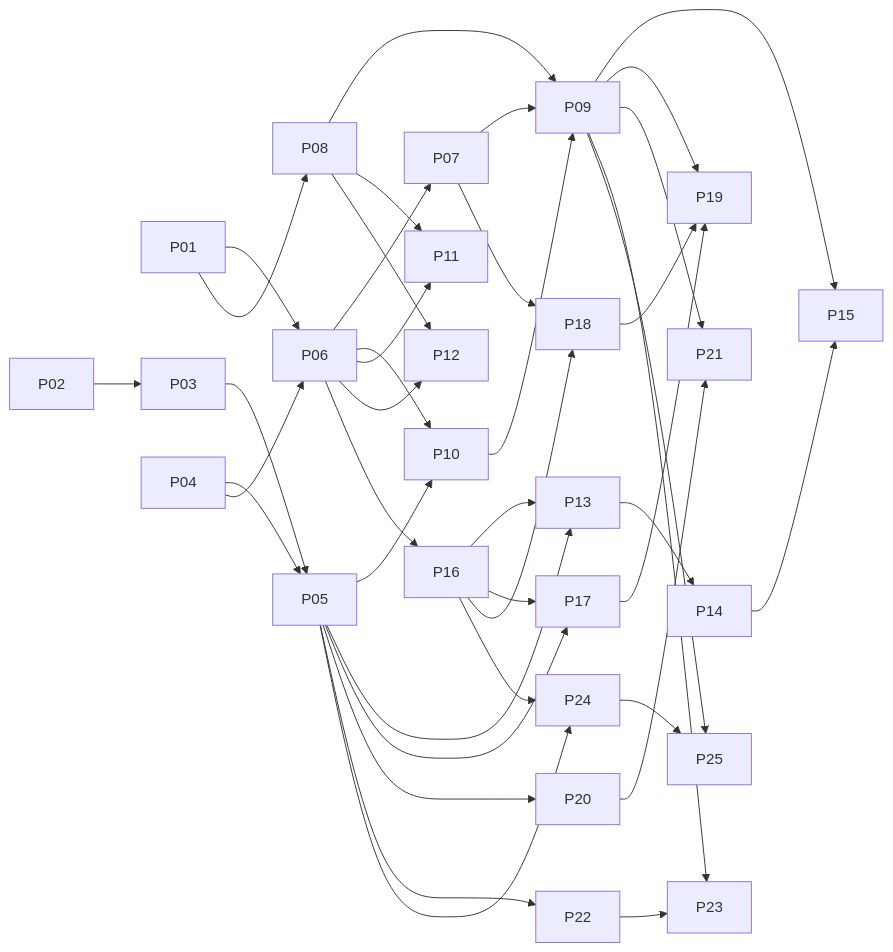
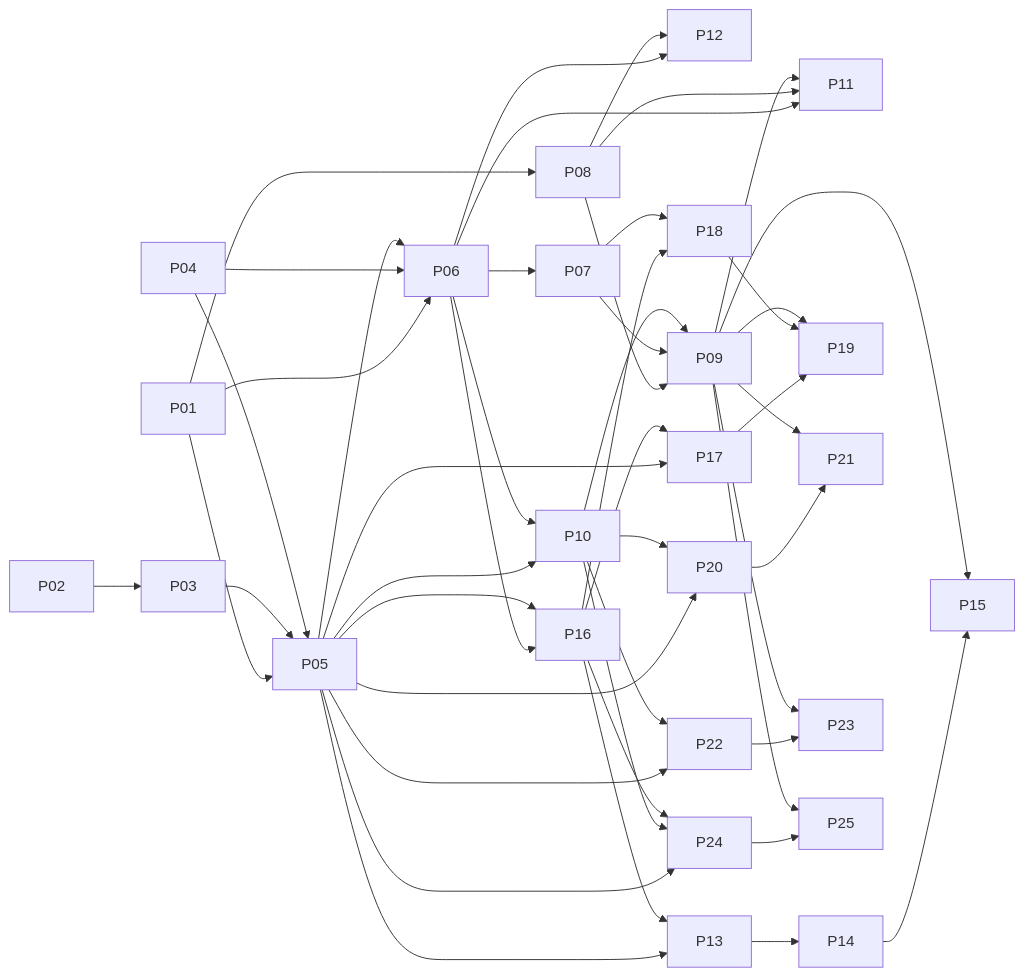
Before and after one commit to gabrielvictalino/Case-RocketLab-2026.2: the diagram in docs/backlog/portal-leva-1.md, drawn with Mermaid. The commit also changed other lines of this file and 1 other file, not shown here.

````diff
--- a/docs/backlog/portal-leva-1.md
+++ b/docs/backlog/portal-leva-1.md
@@ -38,21 +40,23 @@
 ```mermaid
 flowchart LR
-    P01 --> P06 & P08
+    P01 --> P05 & P06 & P08
     P02 --> P03 --> P05
     P04 --> P05 & P06
+    P05 --> P06 & P10
     P06 --> P07 & P10 & P11 & P12 & P16
     P08 --> P09 & P11 & P12
-    P05 --> P10
     P07 --> P09
     P10 --> P09
+    P09 --> P11
 
-    P05 --> P13 & P17 & P20 & P22 & P24
+    P05 --> P13 & P16 & P17 & P20 & P22 & P24
+    P10 --> P20 & P22 & P24
     P13 --> P14 --> P15
     P16 --> P13 & P17 & P18 & P24
     P07 --> P18
     P17 & P18 --> P19
     P20 --> P21
     P22 --> P23
     P24 --> P25
     P09 --> P15 & P19 & P21 & P23 & P25
 ```
````
